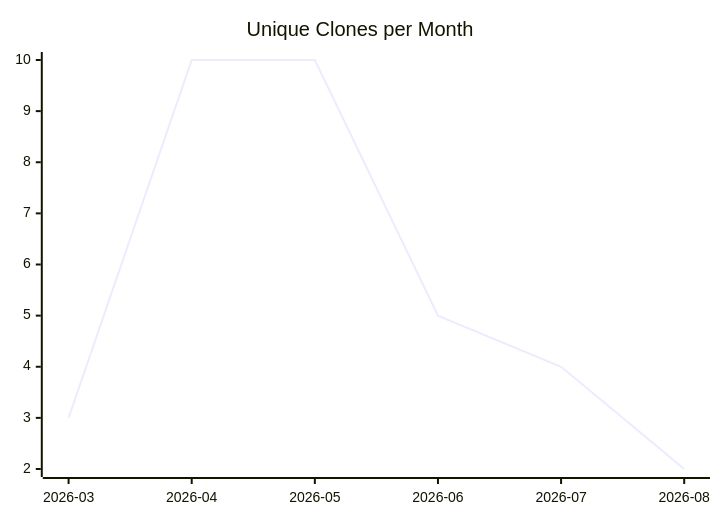
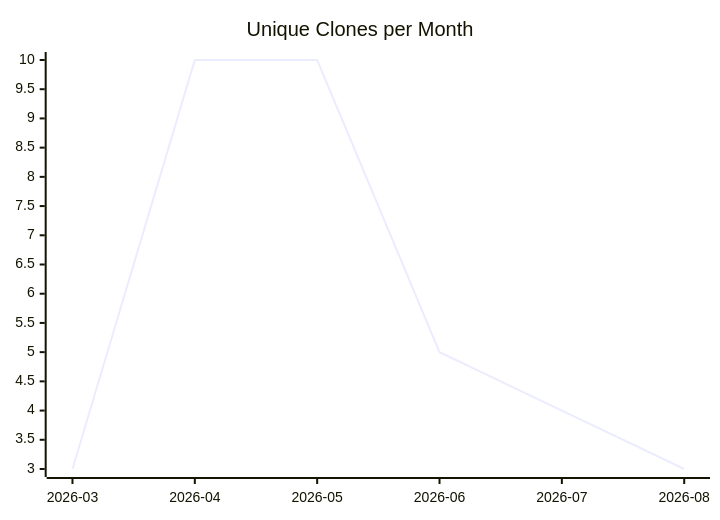
The third of 3 diagrams in karlmdavis/can-i-kayak-baltimore/README.md (justdavis-family/github-analytics-data), drawn with Mermaid before and after one commit. The commit also changed other lines of this file and 171 other files, not shown here.

````diff
--- a/karlmdavis/can-i-kayak-baltimore/README.md
+++ b/karlmdavis/can-i-kayak-baltimore/README.md
@@ -19,6 +19,6 @@
 ```mermaid
 xychart-beta
   title "Unique Clones per Month"
   x-axis ["2026-03", "2026-04", "2026-05", "2026-06", "2026-07", "2026-08"]
-  line [3, 10, 10, 5, 4, 2]
+  line [3, 10, 10, 5, 4, 3]
 ```
````
